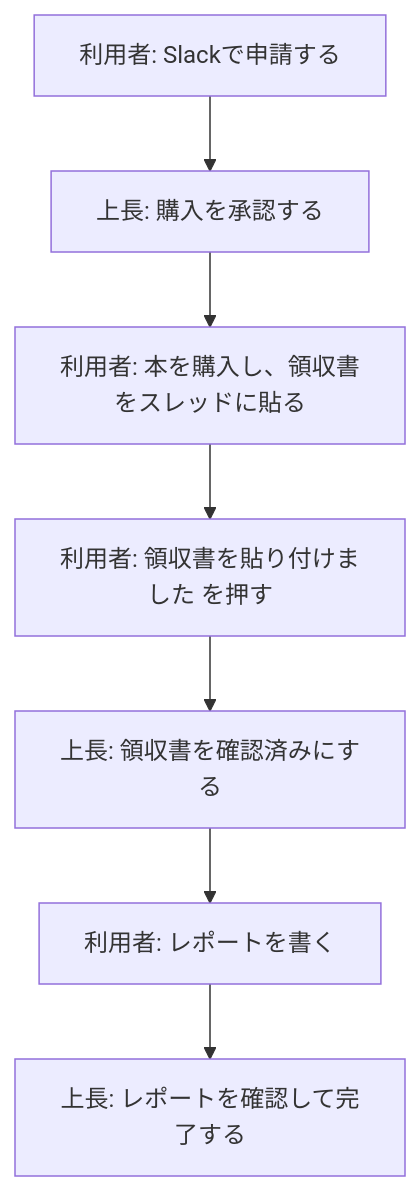
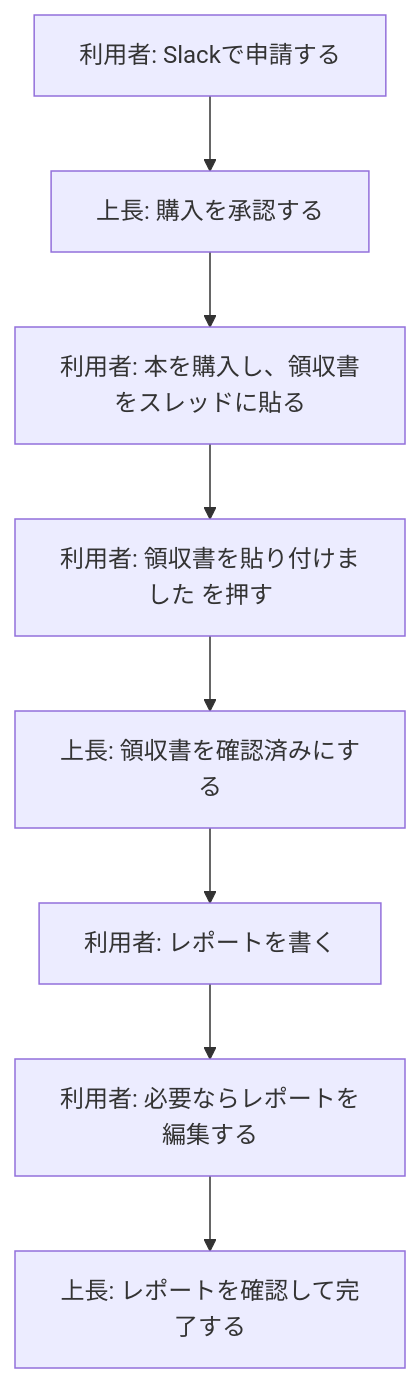
Before and after one commit to Saitekiinc-com/saiteki-study-doc: the diagram in docs/knowledge_base/purchase_flow.md, drawn with Mermaid. The commit also changed other lines of this file and 3 other files, not shown here.

Commit message:
docs: update Slack report edit flow

````diff
--- a/docs/knowledge_base/purchase_flow.md
+++ b/docs/knowledge_base/purchase_flow.md
@@ -8,9 +8,10 @@
 ```mermaid
 flowchart TD
     A["利用者: Slackで申請する"] --> B["上長: 購入を承認する"]
     B --> C["利用者: 本を購入し、領収書をスレッドに貼る"]
     C --> D["利用者: 領収書を貼り付けました を押す"]
     D --> E["上長: 領収書を確認済みにする"]
     E --> F["利用者: レポートを書く"]
-    F --> G["上長: レポートを確認して完了する"]
+    F --> G["利用者: 必要ならレポートを編集する"]
+    G --> H["上長: レポートを確認して完了する"]
 ```
````
